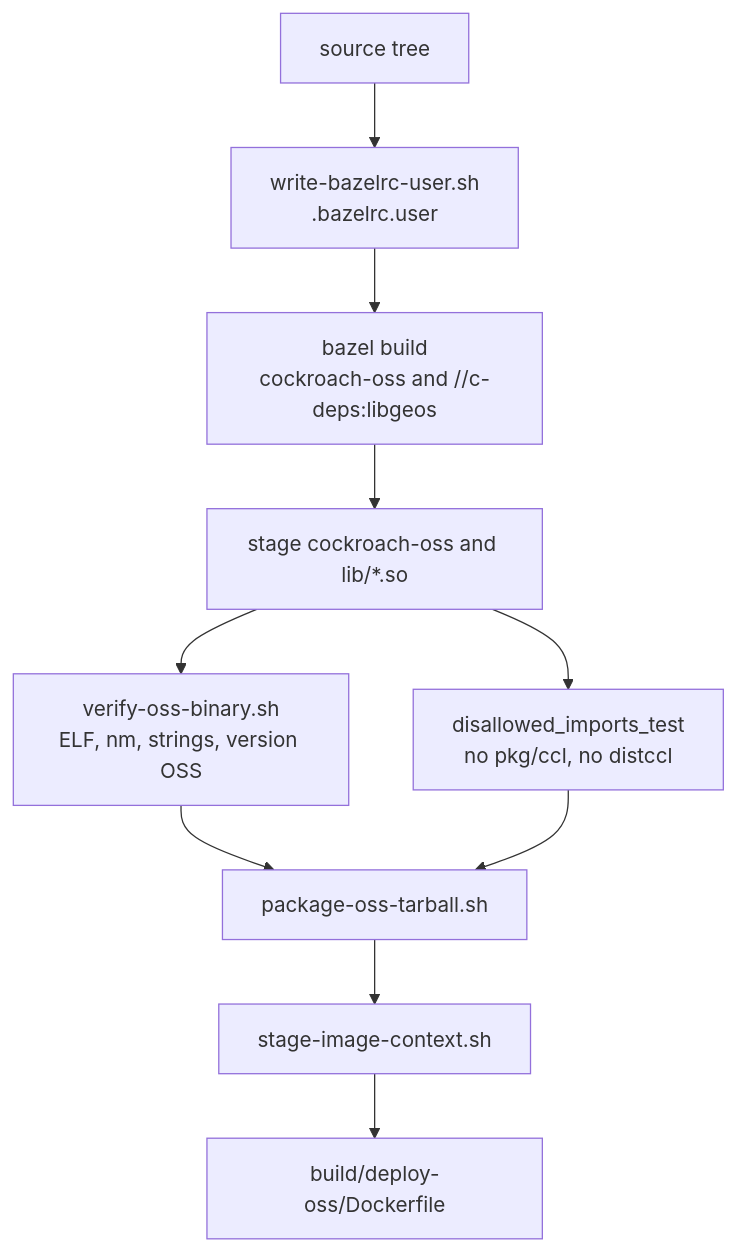
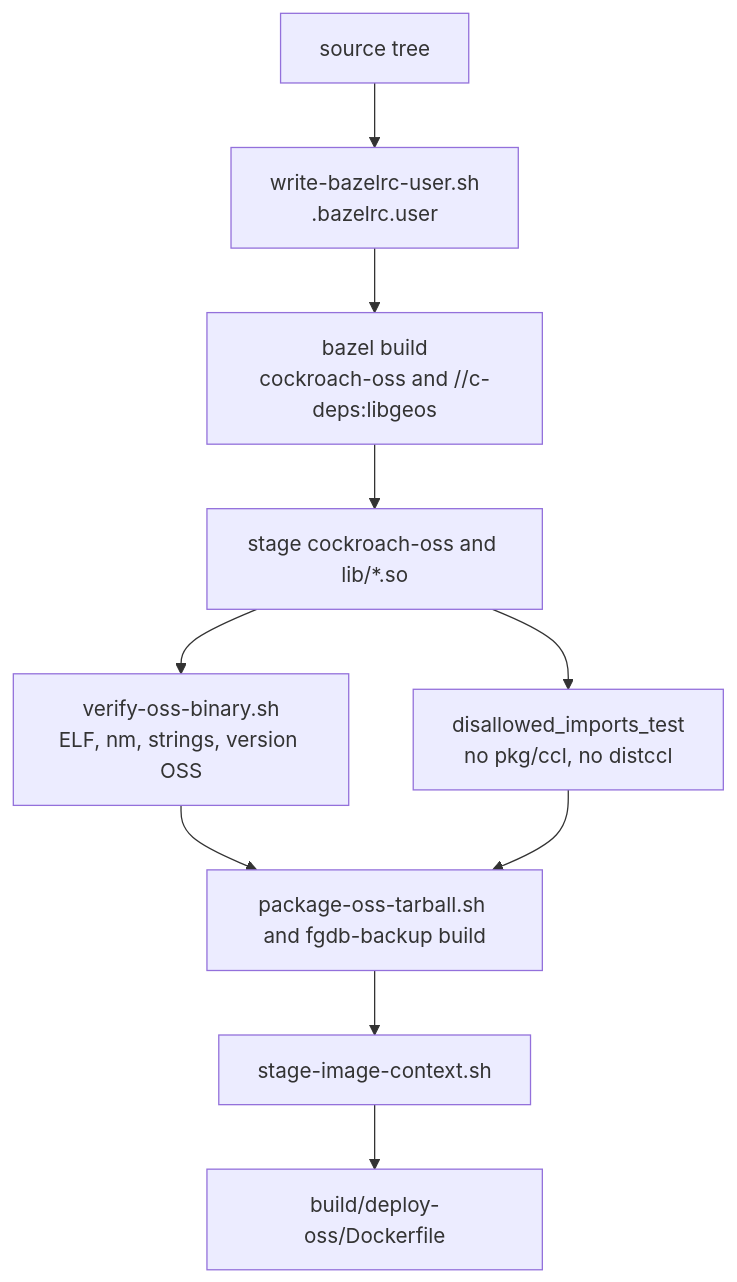
One commit to Future-Gadget-Laboratories/FutureGadgetDatabases changed the diagram in docs/fgdb/architecture/build.md. Above: the diagram before and after it, drawn with Mermaid. The commit also changed other lines of this file and 3 other files, not shown here.

First line of the commit message:
Record the architecture follow-ups and current release facts.

````diff
--- a/docs/fgdb/architecture/build.md
+++ b/docs/fgdb/architecture/build.md
@@ -104,18 +108,18 @@
 ```mermaid
 flowchart TD
   src["source tree"]
   rc["write-bazelrc-user.sh<br/>.bazelrc.user"]
   bazel["bazel build<br/>cockroach-oss and //c-deps:libgeos"]
   stage["stage cockroach-oss and lib/*.so"]
   imports["disallowed_imports_test<br/>no pkg/ccl, no distccl"]
   verify["verify-oss-binary.sh<br/>ELF, nm, strings, version OSS"]
-  tar["package-oss-tarball.sh"]
+  tar["package-oss-tarball.sh and fgdb-backup build"]
   ctx["stage-image-context.sh"]
   img["build/deploy-oss/Dockerfile"]
 
   src --> rc --> bazel --> stage
   stage --> imports
   stage --> verify
   verify --> tar --> ctx --> img
   imports --> tar
 ```
````
